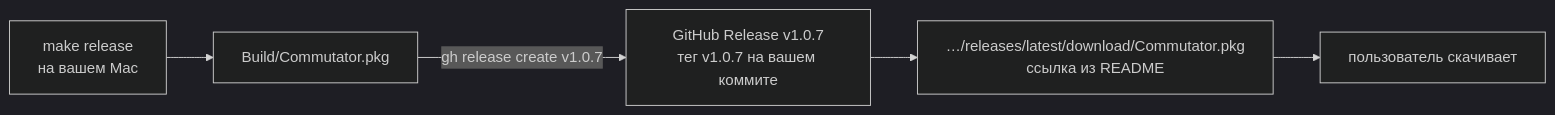
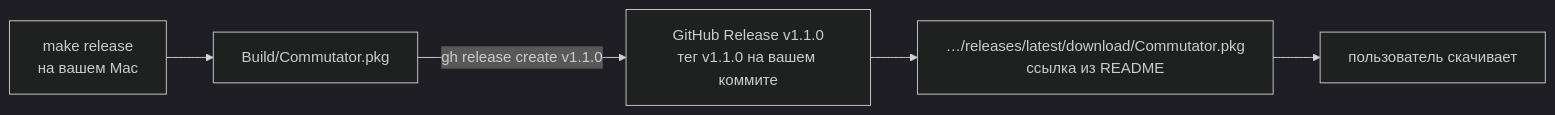
The diagram in DEVELOP.md (and-sheera/commutator), drawn with Mermaid (dark theme) before and after one commit. The commit also changed other lines of this file and 33 other files, not shown here.

````diff
--- a/DEVELOP.md
+++ b/DEVELOP.md
@@ -38,7 +40,7 @@
 ```mermaid
 flowchart LR
     M["make release<br/>на вашем Mac"] --> P["Build/Commutator.pkg"]
-    P -- "gh release create v1.0.7" --> R["GitHub Release v1.0.7<br/>тег v1.0.7 на вашем коммите"]
+    P -- "gh release create v1.1.0" --> R["GitHub Release v1.1.0<br/>тег v1.1.0 на вашем коммите"]
     R --> L["…/releases/latest/download/Commutator.pkg<br/>ссылка из README"]
     L --> F["пользователь скачивает"]
 ```
````
